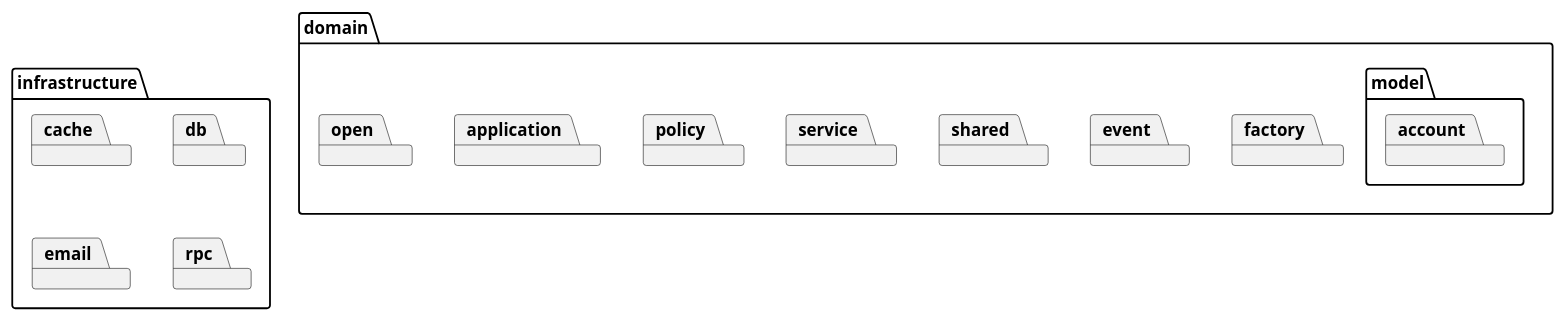
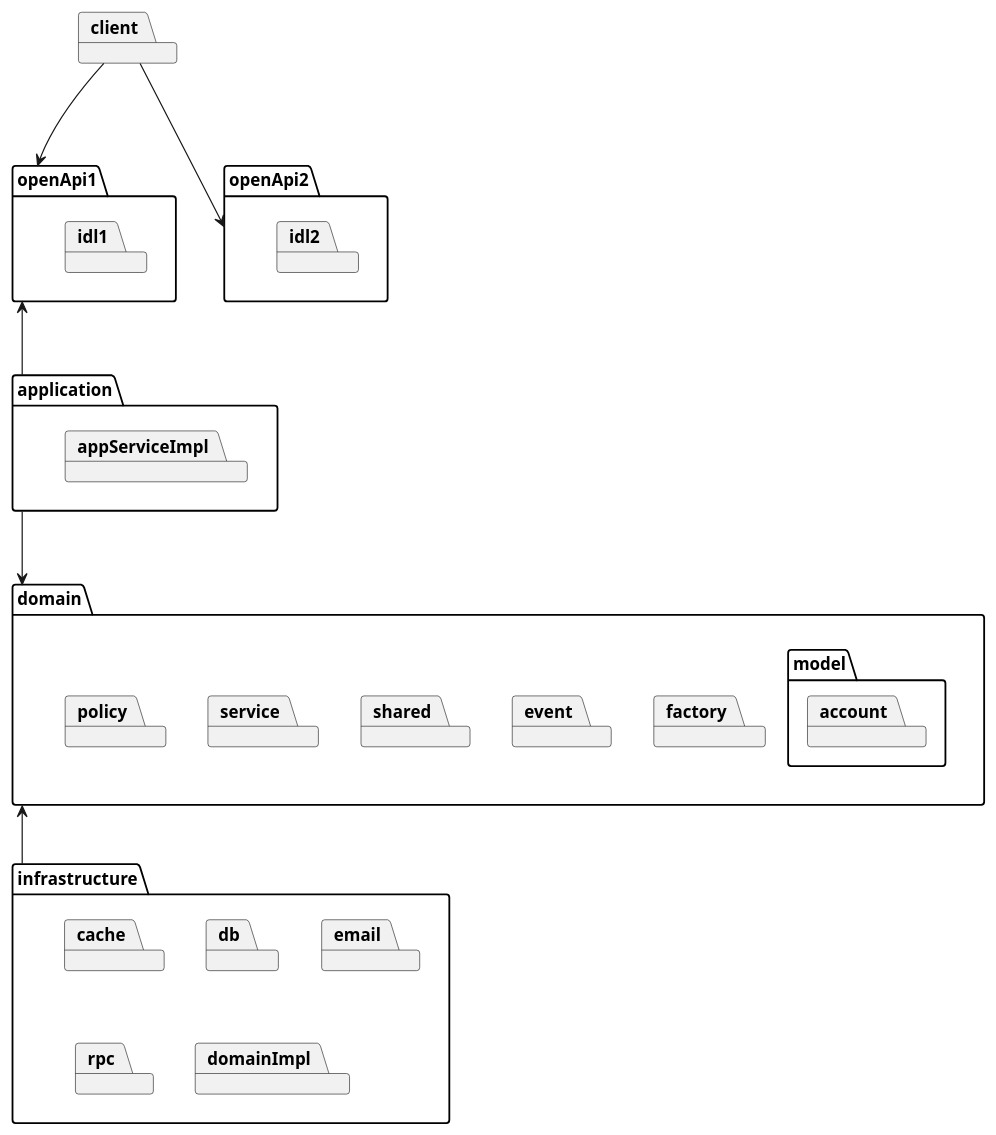
One commit to linux-china/ddd-base changed the diagram in src/main/puml/ddd-module.puml. Above: the diagram before and after it, drawn with PlantUML.

Commit message:
package结构

```diff
--- a/src/main/puml/ddd-module.puml
+++ b/src/main/puml/ddd-module.puml
@@ -1,39 +1,62 @@
 @startuml
+
+package "openApi1" {
+   package idl1 {
+
+   }
+}
+
+package "openApi2" {
+   package idl2 {
+
+   }
+}
+
+package "client" {
+
+}
+package "application" {
+   package "appServiceImpl" {
+   }
+}
 
 package "domain" {
   package "model" {
      package "account" {
+
      }
   }
   package "factory" {
   }
 
   package "event" {
 
   }
 
   package "shared" {
   }
 
   package "service" {
   }
 
   package "policy" {
   }
 
-  package "application" {
-  }
-
-  package "open" {
-  }
 }
 
 package "infrastructure" {
    package "cache"
    package "db"
    package "email"
    package "rpc"
+   package "domainImpl"
 }
 
+infrastructure --up-> domain
+application --down-> domain
+application --up-> openApi1
+
+client ---> openApi1
+client ---> openApi2
 
 @enduml
```
